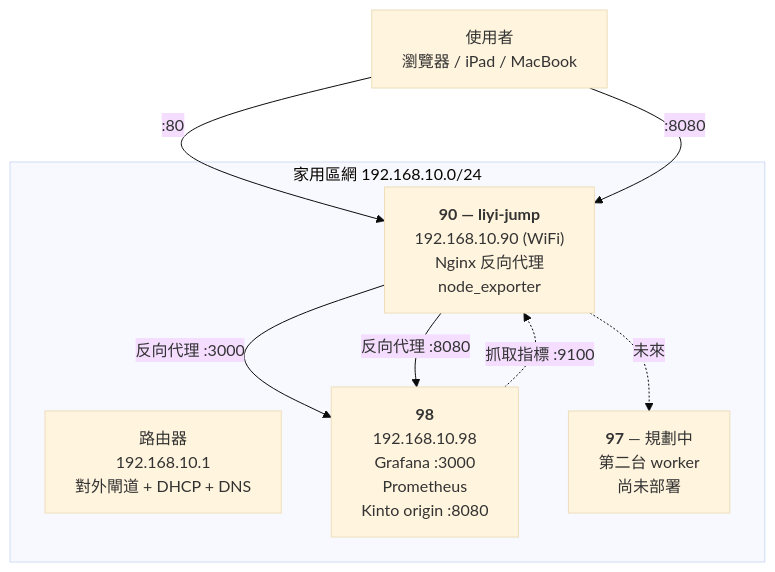
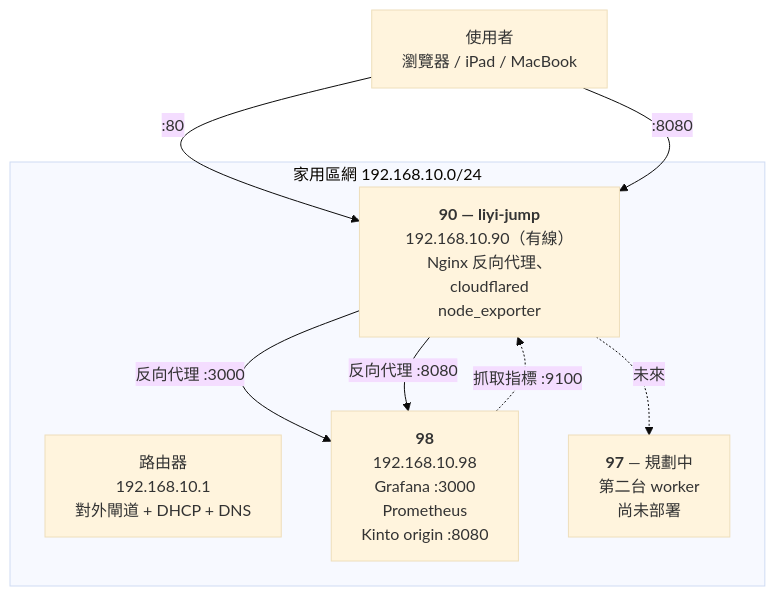
The second of 2 diagrams in playground/liyi-server/README.md (liyibass/software-engineer-roadmap), drawn with Mermaid (base theme) before and after one commit. The commit also changed other lines of this file and 4 other files, not shown here.

````diff
--- a/playground/liyi-server/README.md
+++ b/playground/liyi-server/README.md
@@ -31,17 +31,17 @@
 ```mermaid
 graph TB
     subgraph LAN["家用區網 192.168.10.0/24"]
         R["路由器<br/>192.168.10.1<br/>對外閘道 + DHCP + DNS"]
-        J["<b>90 — liyi-jump</b><br/>192.168.10.90 (WiFi)<br/>Nginx 反向代理<br/>node_exporter"]
+        J["<b>90 — liyi-jump</b><br/>192.168.10.90（有線）<br/>Nginx 反向代理、cloudflared<br/>node_exporter"]
         S["<b>98</b><br/>192.168.10.98<br/>Grafana :3000<br/>Prometheus<br/>Kinto origin :8080"]
         W["<b>97</b> — 規劃中<br/>第二台 worker<br/>尚未部署"]
     end
     U["使用者<br/>瀏覽器 / iPad / MacBook"]
 
     U -->|":80"| J
     U -->|":8080"| J
     J -->|"反向代理 :3000"| S
     J -->|"反向代理 :8080"| S
     J -.->|"未來"| W
     S -.->|"抓取指標 :9100"| J
 ```
````
